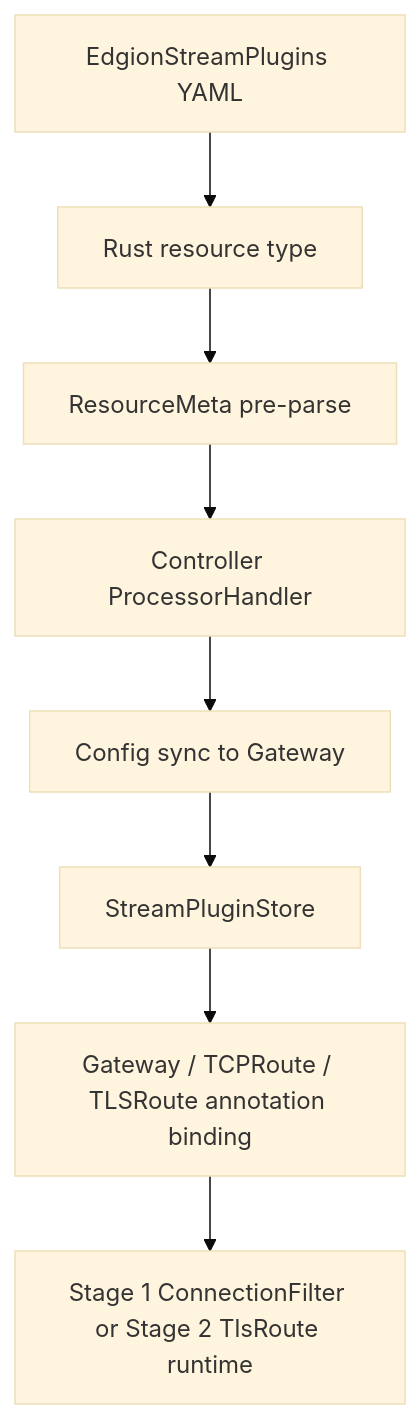
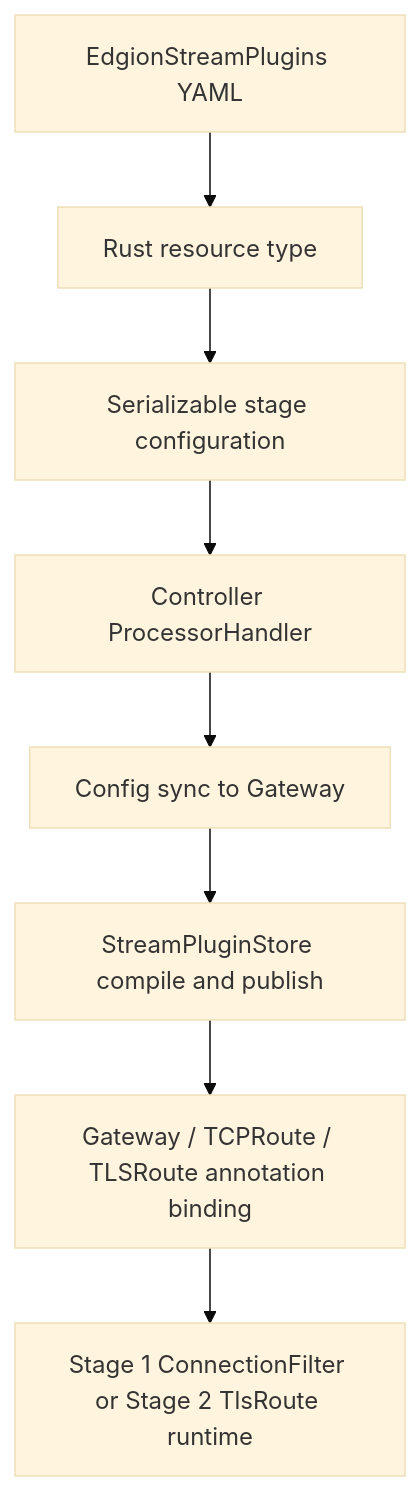
One commit to Pandaala/Edgion changed the diagram in docs/en/dev-guide/stream-plugin-development.md. Above: the diagram before and after it, drawn with Mermaid (base theme). The commit also changed other lines of this file and 99 other files, not shown here.

````diff
--- a/docs/en/dev-guide/stream-plugin-development.md
+++ b/docs/en/dev-guide/stream-plugin-development.md
@@ -64,10 +74,10 @@
 ```mermaid
 graph TD
     A["EdgionStreamPlugins YAML"] --> B["Rust resource type"]
-    B --> C["ResourceMeta pre-parse"]
+    B --> C["Serializable stage configuration"]
     C --> D["Controller ProcessorHandler"]
     D --> E["Config sync to Gateway"]
-    E --> F["StreamPluginStore"]
+    E --> F["StreamPluginStore compile and publish"]
     F --> G["Gateway / TCPRoute / TLSRoute annotation binding"]
     G --> H["Stage 1 ConnectionFilter or Stage 2 TlsRoute runtime"]
 ```
````
